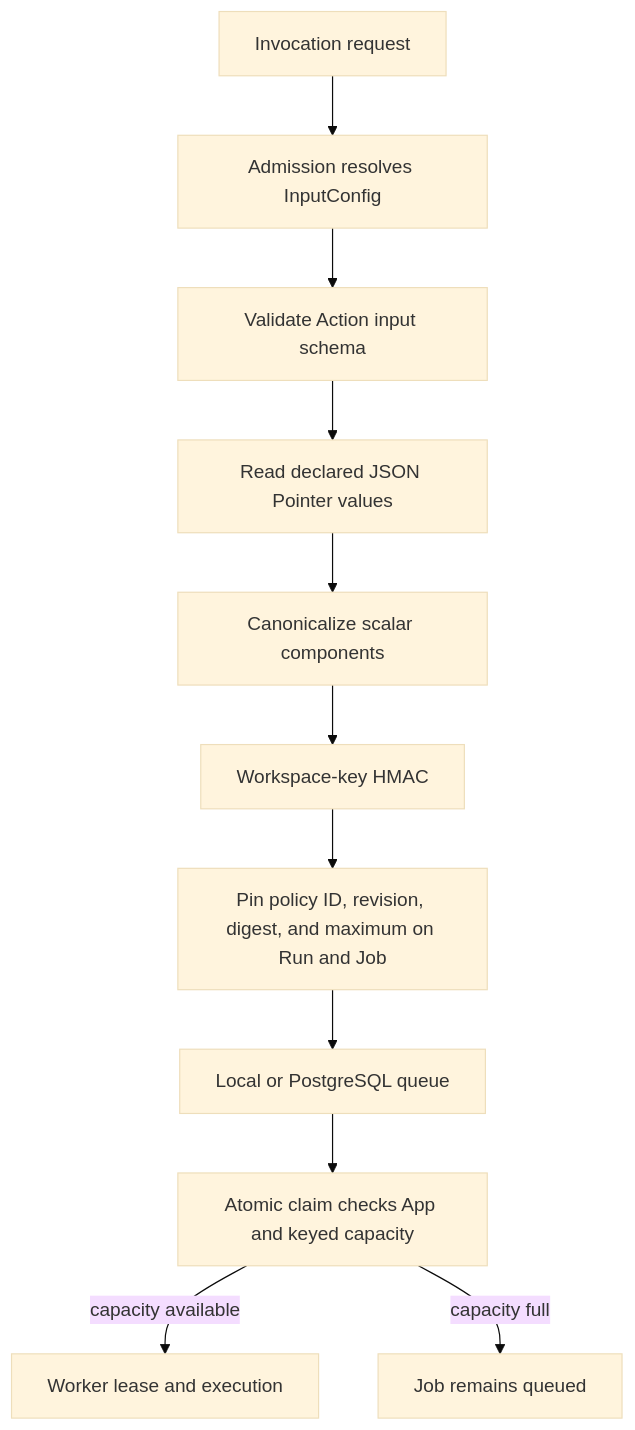
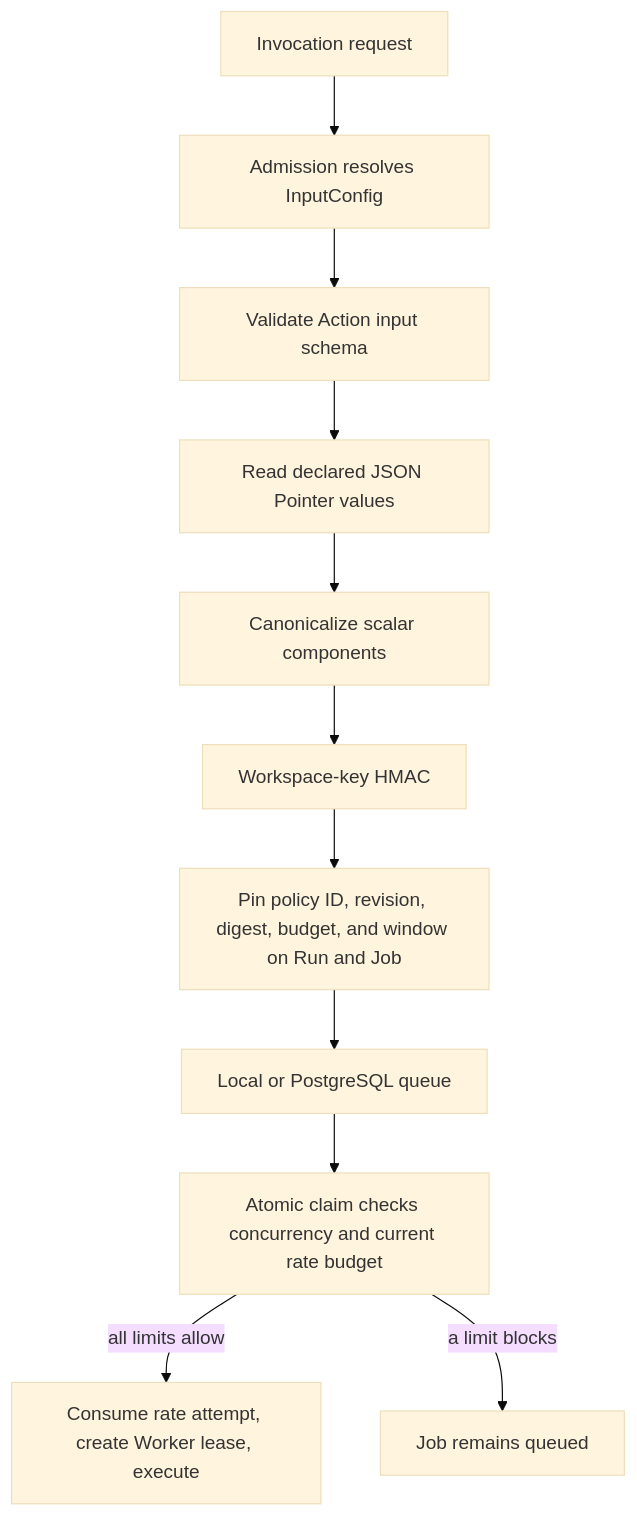
The diagram in docs/concepts/execution-limits.md (imprun/windforce-core), drawn with Mermaid (base theme) before and after one commit. The commit also changed other lines of this file and 38 other files, not shown here.

Commit message:
feat: add keyed execution rate limits

````diff
--- a/docs/concepts/execution-limits.md
+++ b/docs/concepts/execution-limits.md
@@ -48,13 +58,13 @@
 ```mermaid
 flowchart TD
     A["Invocation request"] --> B["Admission resolves InputConfig"]
     B --> C["Validate Action input schema"]
     C --> D["Read declared JSON Pointer values"]
     D --> E["Canonicalize scalar components"]
     E --> F["Workspace-key HMAC"]
-    F --> G["Pin policy ID, revision, digest, and maximum on Run and Job"]
+    F --> G["Pin policy ID, revision, digest, budget, and window on Run and Job"]
     G --> H["Local or PostgreSQL queue"]
-    H --> I["Atomic claim checks App and keyed capacity"]
-    I -->|"capacity available"| J["Worker lease and execution"]
-    I -->|"capacity full"| K["Job remains queued"]
+    H --> I["Atomic claim checks concurrency and current rate budget"]
+    I -->|"all limits allow"| J["Consume rate attempt, create Worker lease, execute"]
+    I -->|"a limit blocks"| K["Job remains queued"]
 ```
````
